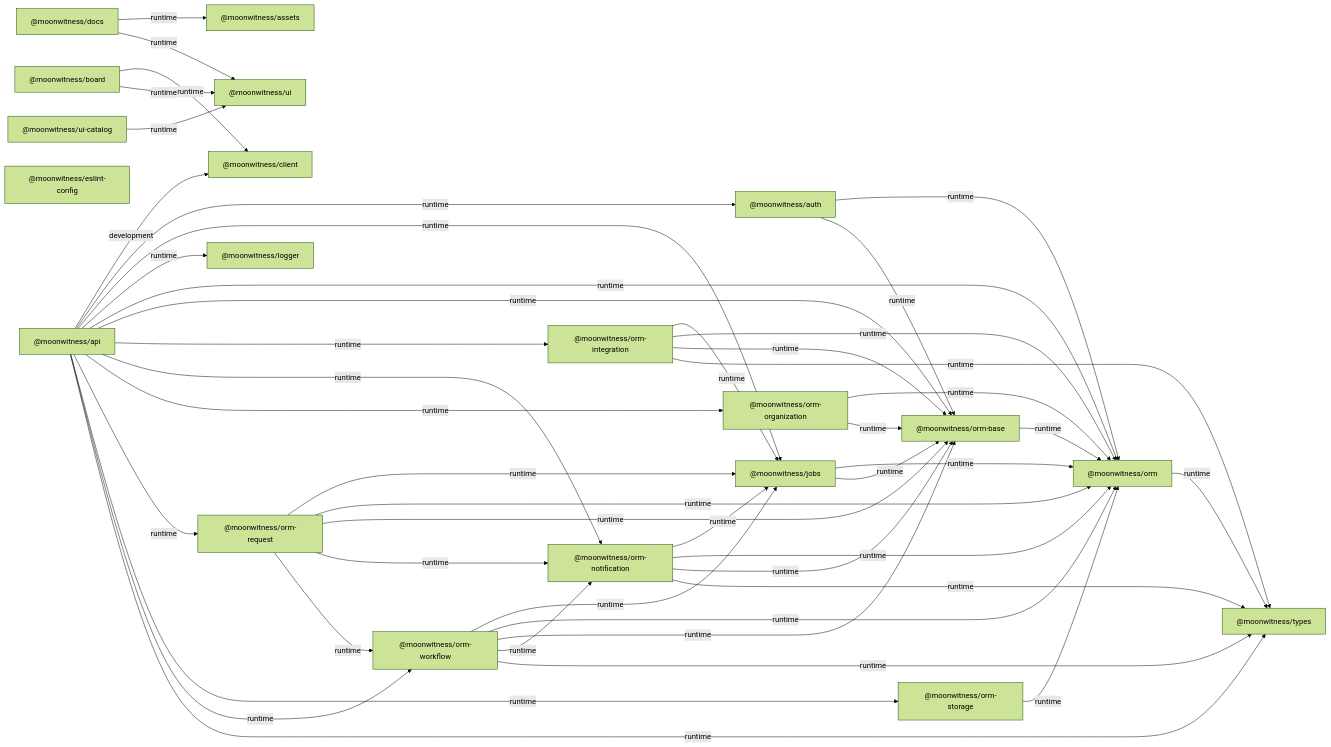
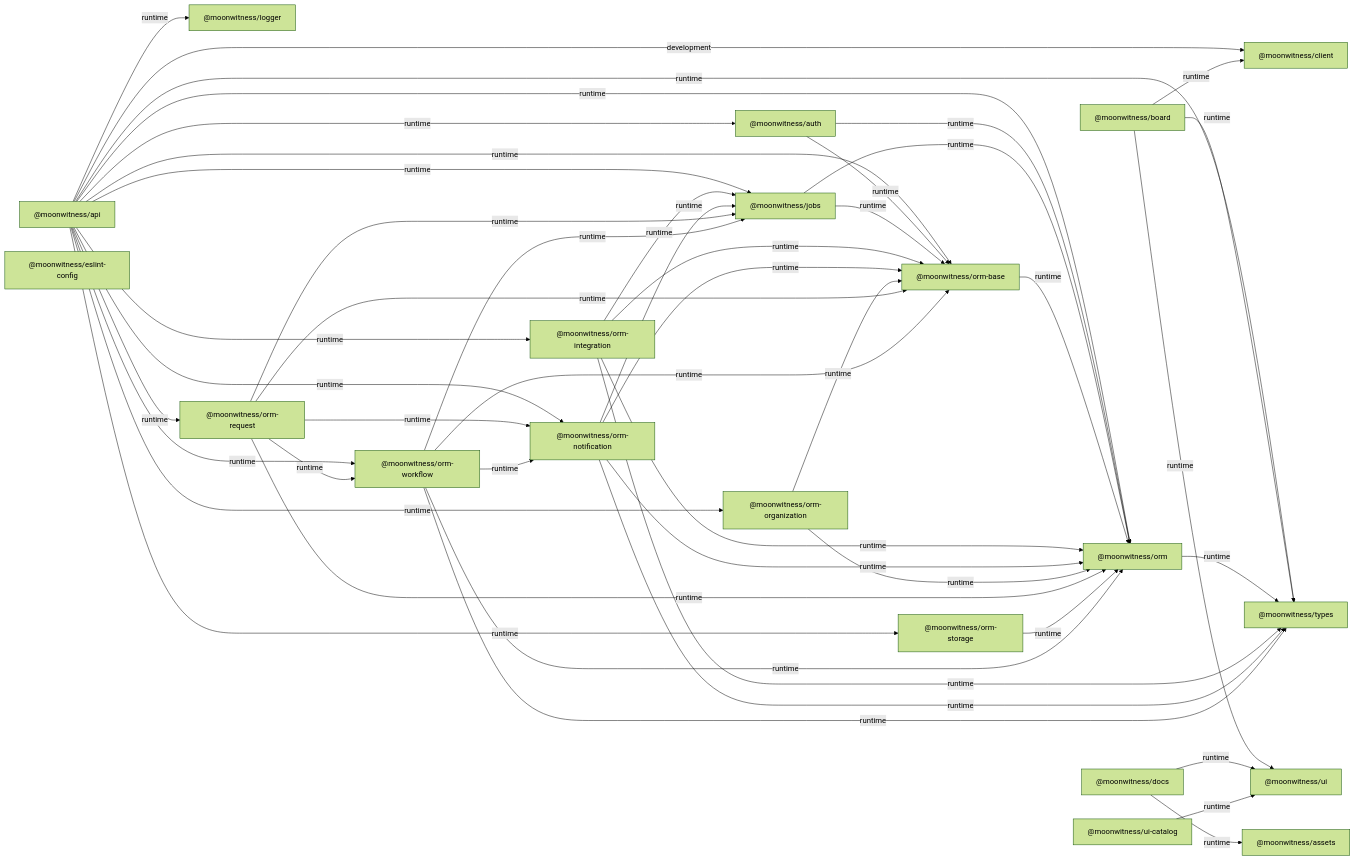
Before and after one commit to bjo163/moonwitness-xi: the diagram in docs/architecture/diagrams/workspace-dependencies.mmd, drawn with Mermaid (forest theme). The commit also changed 14 other files, not shown here.

```diff
--- a/docs/architecture/diagrams/workspace-dependencies.mmd
+++ b/docs/architecture/diagrams/workspace-dependencies.mmd
@@ -1,66 +1,67 @@
 flowchart LR
   pkg0["@moonwitness/api"]
   pkg1["@moonwitness/assets"]
   pkg2["@moonwitness/auth"]
   pkg3["@moonwitness/board"]
   pkg4["@moonwitness/client"]
   pkg5["@moonwitness/docs"]
   pkg6["@moonwitness/eslint-config"]
   pkg7["@moonwitness/jobs"]
   pkg8["@moonwitness/logger"]
   pkg9["@moonwitness/orm"]
   pkg10["@moonwitness/orm-base"]
   pkg11["@moonwitness/orm-integration"]
   pkg12["@moonwitness/orm-notification"]
   pkg13["@moonwitness/orm-organization"]
   pkg14["@moonwitness/orm-request"]
   pkg15["@moonwitness/orm-storage"]
   pkg16["@moonwitness/orm-workflow"]
   pkg17["@moonwitness/types"]
   pkg18["@moonwitness/ui"]
   pkg19["@moonwitness/ui-catalog"]
   pkg0 -->|development| pkg4
   pkg0 -->|runtime| pkg2
   pkg0 -->|runtime| pkg7
   pkg0 -->|runtime| pkg8
   pkg0 -->|runtime| pkg9
   pkg0 -->|runtime| pkg10
   pkg0 -->|runtime| pkg11
   pkg0 -->|runtime| pkg12
   pkg0 -->|runtime| pkg13
   pkg0 -->|runtime| pkg14
   pkg0 -->|runtime| pkg15
   pkg0 -->|runtime| pkg16
   pkg0 -->|runtime| pkg17
   pkg2 -->|runtime| pkg9
   pkg2 -->|runtime| pkg10
   pkg3 -->|runtime| pkg4
+  pkg3 -->|runtime| pkg17
   pkg3 -->|runtime| pkg18
   pkg5 -->|runtime| pkg1
   pkg5 -->|runtime| pkg18
   pkg7 -->|runtime| pkg9
   pkg7 -->|runtime| pkg10
   pkg9 -->|runtime| pkg17
   pkg10 -->|runtime| pkg9
   pkg11 -->|runtime| pkg7
   pkg11 -->|runtime| pkg9
   pkg11 -->|runtime| pkg10
   pkg11 -->|runtime| pkg17
   pkg12 -->|runtime| pkg7
   pkg12 -->|runtime| pkg9
   pkg12 -->|runtime| pkg10
   pkg12 -->|runtime| pkg17
   pkg13 -->|runtime| pkg9
   pkg13 -->|runtime| pkg10
   pkg14 -->|runtime| pkg7
   pkg14 -->|runtime| pkg9
   pkg14 -->|runtime| pkg10
   pkg14 -->|runtime| pkg12
   pkg14 -->|runtime| pkg16
   pkg15 -->|runtime| pkg9
   pkg16 -->|runtime| pkg7
   pkg16 -->|runtime| pkg9
   pkg16 -->|runtime| pkg10
   pkg16 -->|runtime| pkg12
   pkg16 -->|runtime| pkg17
   pkg19 -->|runtime| pkg18
```
